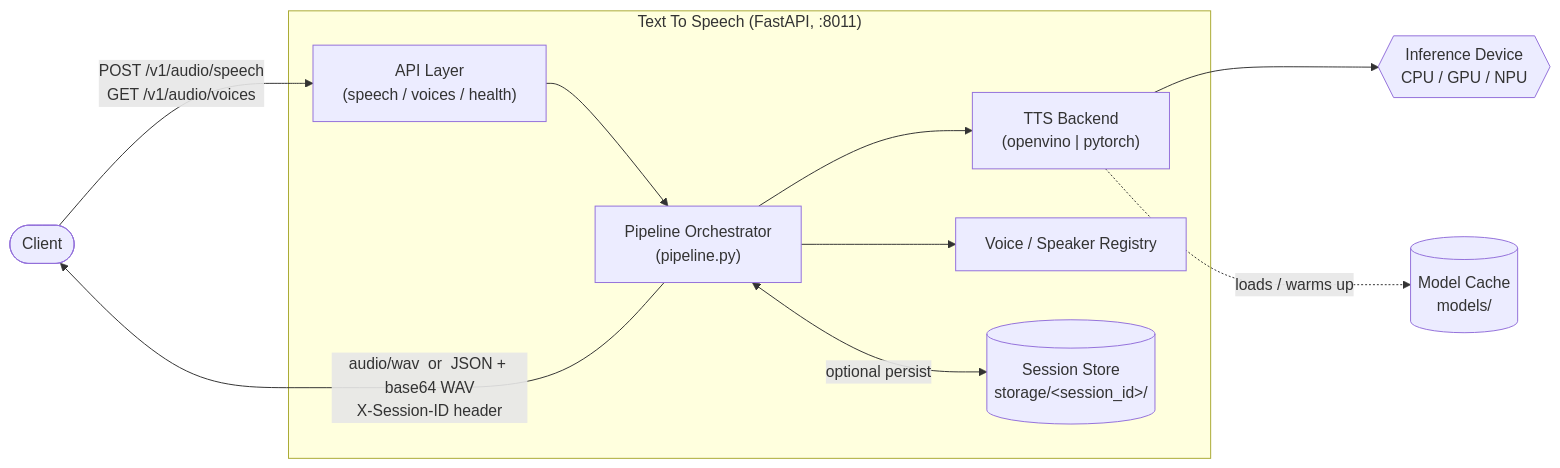
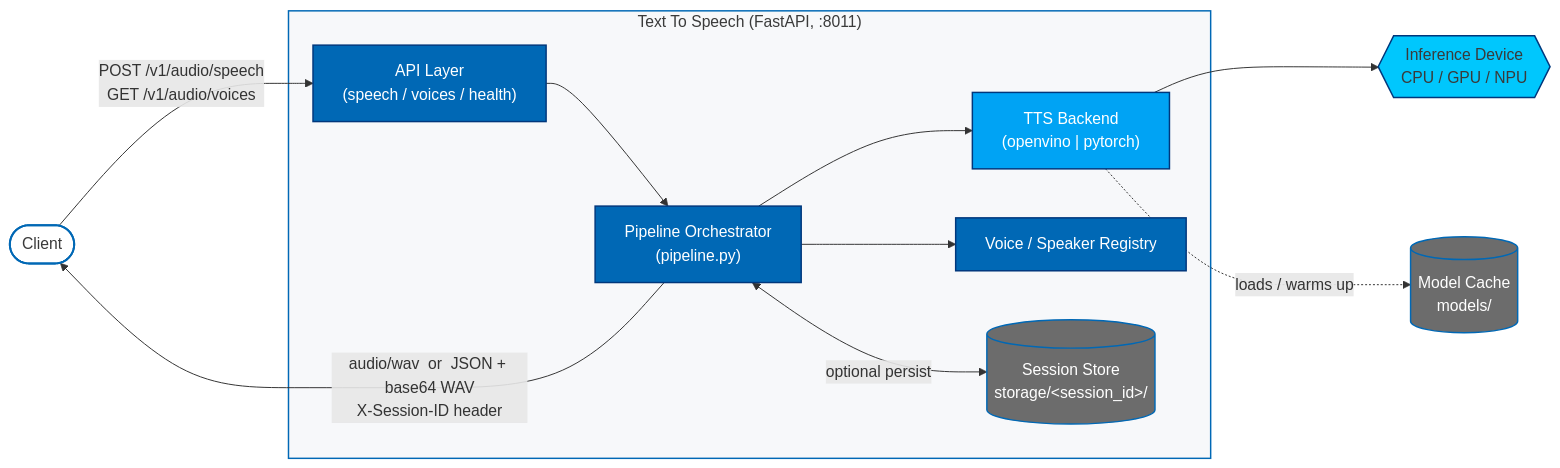
Before and after one commit to open-edge-platform/edge-ai-libraries: the diagram in microservices/text-to-speech/docs/how-it-works.md, drawn with Mermaid. The commit also changed 1 other file, not shown here.

Commit message:
architecture added

````diff
--- a/microservices/text-to-speech/docs/how-it-works.md
+++ b/microservices/text-to-speech/docs/how-it-works.md
@@ -14,24 +14,58 @@
 ```mermaid
+%%{init: {
+  'theme': 'base',
+  'themeVariables': {
+    'fontFamily': '"IntelOne Display", "Intel Clear", "Inter", "Segoe UI", Arial, sans-serif',
+    'fontSize': '14px',
+    'primaryColor': '#0068B5',
+    'primaryTextColor': '#FFFFFF',
+    'primaryBorderColor': '#00377C',
+    'lineColor': '#00377C',
+    'secondaryColor': '#EEF3F8',
+    'tertiaryColor': '#F7F8FA',
+    'background': '#FFFFFF',
+    'mainBkg': '#FFFFFF',
+    'clusterBkg': '#F7F8FA',
+    'clusterBorder': '#0068B5',
+    'edgeLabelBackground': '#FFFFFF',
+    'noteBkgColor': '#F7F8FA',
+    'noteTextColor': '#3A3A3A'
+  }
+}}%%
 flowchart LR
     Client([Client])
 
     subgraph Service["Text To Speech (FastAPI, :8011)"]
         API["API Layer<br/>(speech / voices / health)"]
         Pipeline["Pipeline Orchestrator<br/>(pipeline.py)"]
         Backend["TTS Backend<br/>(openvino | pytorch)"]
         Voices["Voice / Speaker Registry"]
         Session[("Session Store<br/>storage/&lt;session_id&gt;/")]
     end
 
     Models[("Model Cache<br/>models/")]
     Device{{"Inference Device<br/>CPU / GPU / NPU"}}
 
     Client -- "POST /v1/audio/speech<br/>GET /v1/audio/voices" --> API
     API --> Pipeline
     Pipeline --> Voices
     Pipeline --> Backend
     Backend --> Device
     Backend -. loads / warms up .-> Models
     Pipeline <-- "optional persist" --> Session
     Pipeline -- "audio/wav  or  JSON + base64 WAV<br/>X-Session-ID header" --> Client
+
+    classDef client fill:#FFFFFF,stroke:#0068B5,stroke-width:2px,color:#3A3A3A;
+    classDef core fill:#0068B5,stroke:#00377C,stroke-width:1.5px,color:#FFFFFF;
+    classDef backend fill:#00A3F4,stroke:#00377C,stroke-width:1.5px,color:#FFFFFF;
+    classDef store fill:#6C6C6C,stroke:#0068B5,stroke-width:1.5px,color:#FFFFFF;
+    classDef device fill:#00C7FD,stroke:#00377C,stroke-width:1.5px,color:#3A3A3A;
+
+    class Client client;
+    class API,Pipeline,Voices core;
+    class Backend backend;
+    class Session,Models store;
+    class Device device;
+
+    style Service fill:#F7F8FA,stroke:#0068B5,stroke-width:1.5px,color:#3A3A3A;
 ```
````
